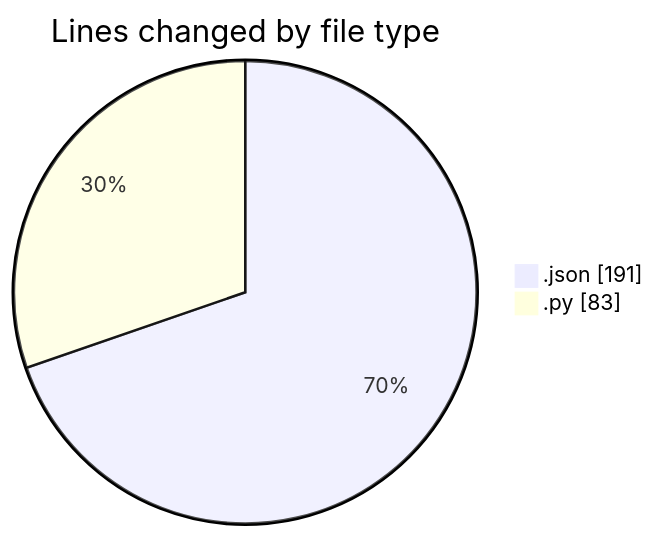
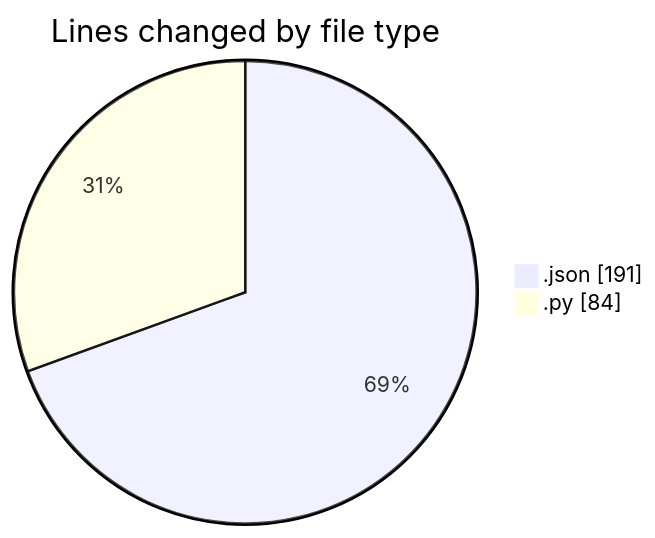
Before and after one commit to Ritupan-Deka/code-tracking: the first of 2 diagrams in 2026-01-02/dsa/README.md, drawn with Mermaid. The commit also changed other lines of this file and 1 other file, not shown here.

````diff
--- a/2026-01-02/dsa/README.md
+++ b/2026-01-02/dsa/README.md
@@ -22,6 +22,6 @@
 ```mermaid
 pie showData
 title Lines changed by file type
 ".json" : 191
-".py" : 83
+".py" : 84
 ```
````
